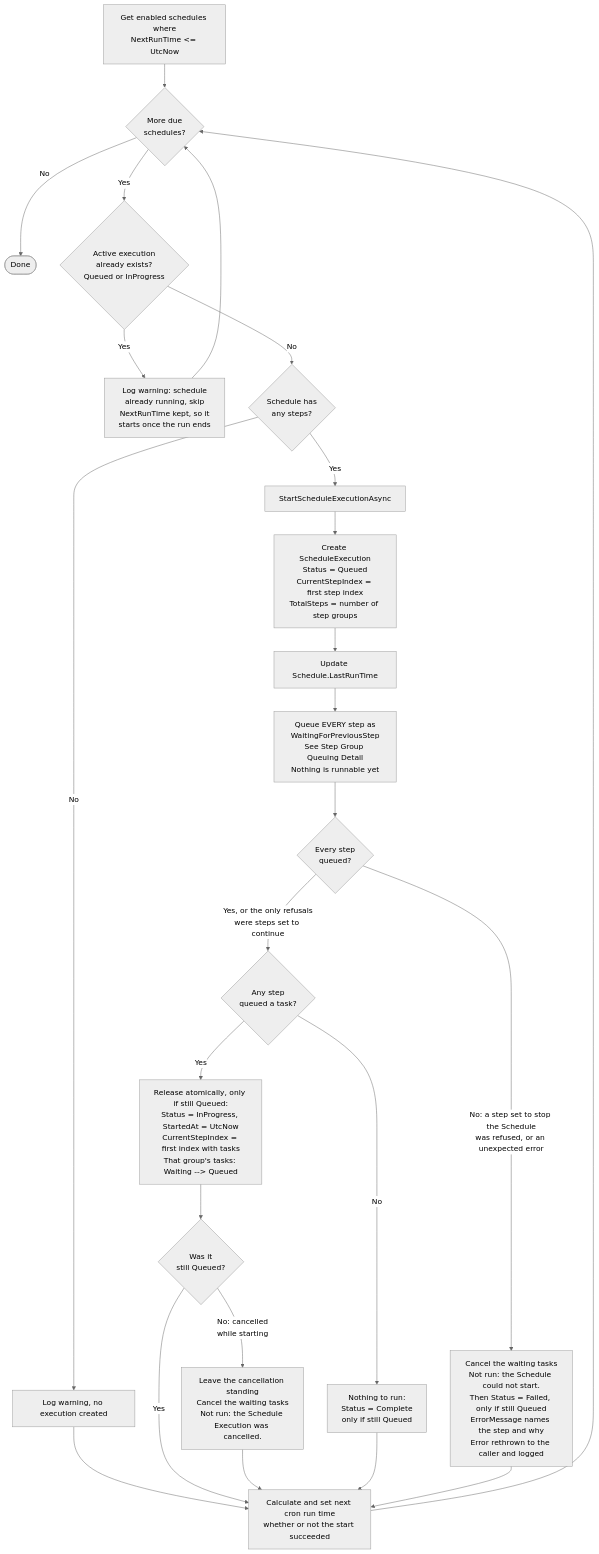
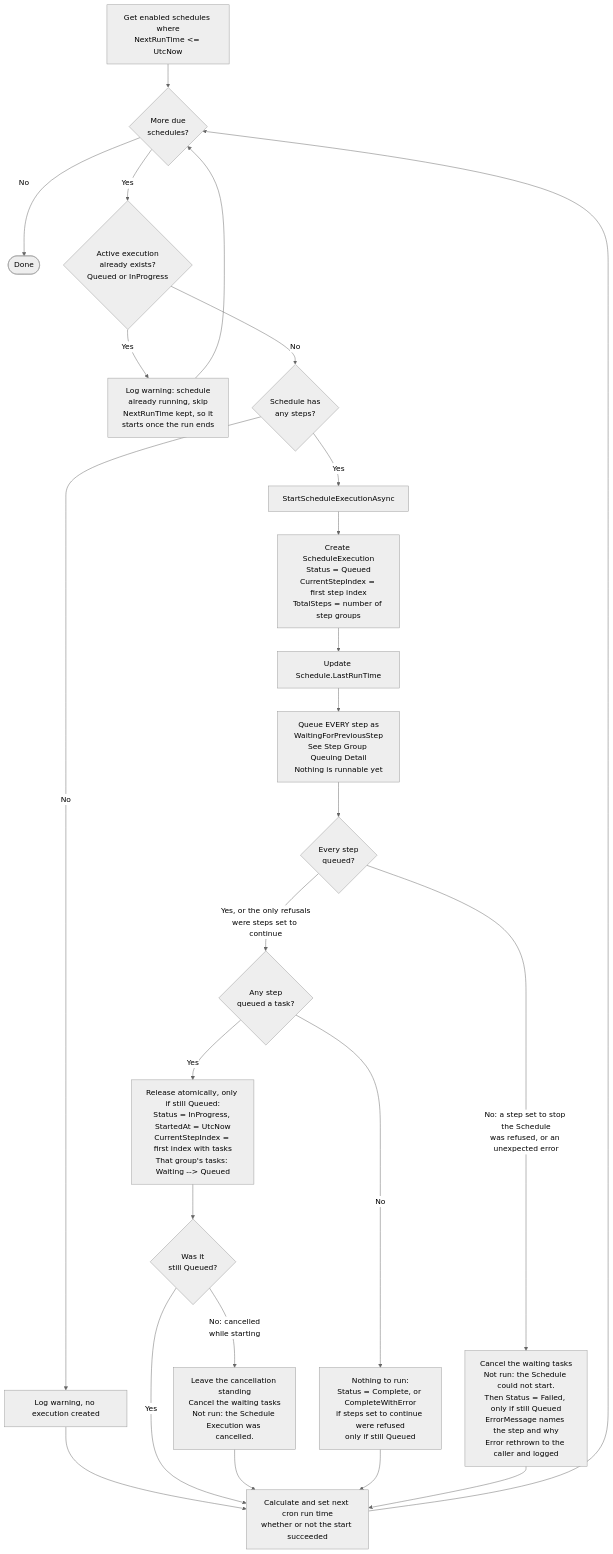
The third of 8 diagrams in docs/developer/diagrams/SCHEDULE_EXECUTION_LIFECYCLE.md (TetronIO/JIM), drawn with Mermaid (neutral theme) before and after one commit. The commit also changed other lines of this file and 14 other files, not shown here.

````diff
--- a/docs/developer/diagrams/SCHEDULE_EXECUTION_LIFECYCLE.md
+++ b/docs/developer/diagrams/SCHEDULE_EXECUTION_LIFECYCLE.md
@@ -49,34 +65,34 @@
 ```mermaid
 flowchart TD
     GetDue[Get enabled schedules where<br/>NextRunTime <= UtcNow] --> Loop{More due<br/>schedules?}
     Loop -->|No| Done([Done])
     Loop -->|Yes| CheckOverlap{Active execution<br/>already exists?<br/>Queued or InProgress}
 
     CheckOverlap -->|Yes| SkipLog[Log warning: schedule<br/>already running, skip<br/>NextRunTime kept, so it<br/>starts once the run ends]
     SkipLog --> Loop
 
     CheckOverlap -->|No| HasSteps{Schedule has<br/>any steps?}
     HasSteps -->|No| NoSteps[Log warning, no execution created]
     NoSteps --> CalcNext
     HasSteps -->|Yes| StartExec[StartScheduleExecutionAsync]
     StartExec --> CreateExec[Create ScheduleExecution<br/>Status = Queued<br/>CurrentStepIndex = first step index<br/>TotalSteps = number of step groups]
     CreateExec --> UpdateLastRun[Update Schedule.LastRunTime]
 
     UpdateLastRun --> QueueAll[Queue EVERY step as<br/>WaitingForPreviousStep<br/>See Step Group Queuing Detail<br/>Nothing is runnable yet]
     QueueAll --> Outcome{Every step<br/>queued?}
 
     Outcome -->|Yes, or the only refusals<br/>were steps set to continue| AnyTasks{Any step<br/>queued a task?}
     AnyTasks -->|Yes| Release[Release atomically, only if still Queued:<br/>Status = InProgress, StartedAt = UtcNow<br/>CurrentStepIndex = first index with tasks<br/>That group's tasks: Waiting --> Queued]
-    AnyTasks -->|No| CompleteNow[Nothing to run:<br/>Status = Complete<br/>only if still Queued]
+    AnyTasks -->|No| CompleteNow[Nothing to run:<br/>Status = Complete, or CompleteWithError<br/>if steps set to continue were refused<br/>only if still Queued]
     Release --> StillQueued{Was it<br/>still Queued?}
     StillQueued -->|Yes| CalcNext
     StillQueued -->|No: cancelled<br/>while starting| CleanUp[Leave the cancellation standing<br/>Cancel the waiting tasks<br/>Not run: the Schedule Execution was cancelled.]
     CleanUp --> CalcNext
     CompleteNow --> CalcNext
 
     Outcome -->|No: a step set to stop the Schedule<br/>was refused, or an unexpected error| StopStart[Cancel the waiting tasks<br/>Not run: the Schedule could not start.<br/>Then Status = Failed, only if still Queued<br/>ErrorMessage names the step and why<br/>Error rethrown to the caller and logged]
     StopStart --> CalcNext
 
     CalcNext[Calculate and set next cron run time<br/>whether or not the start succeeded]
     CalcNext --> Loop
 ```
````
